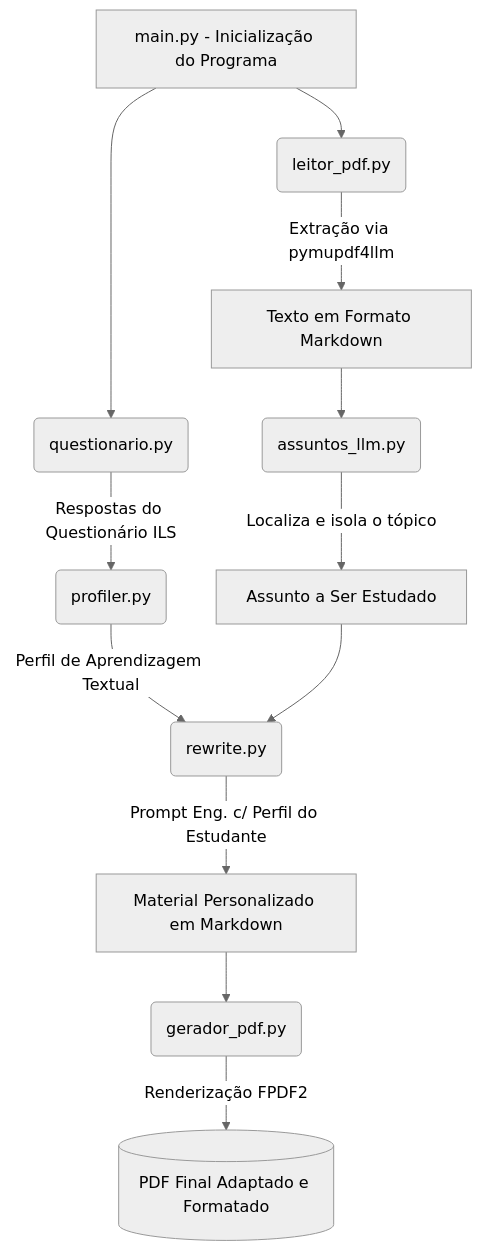
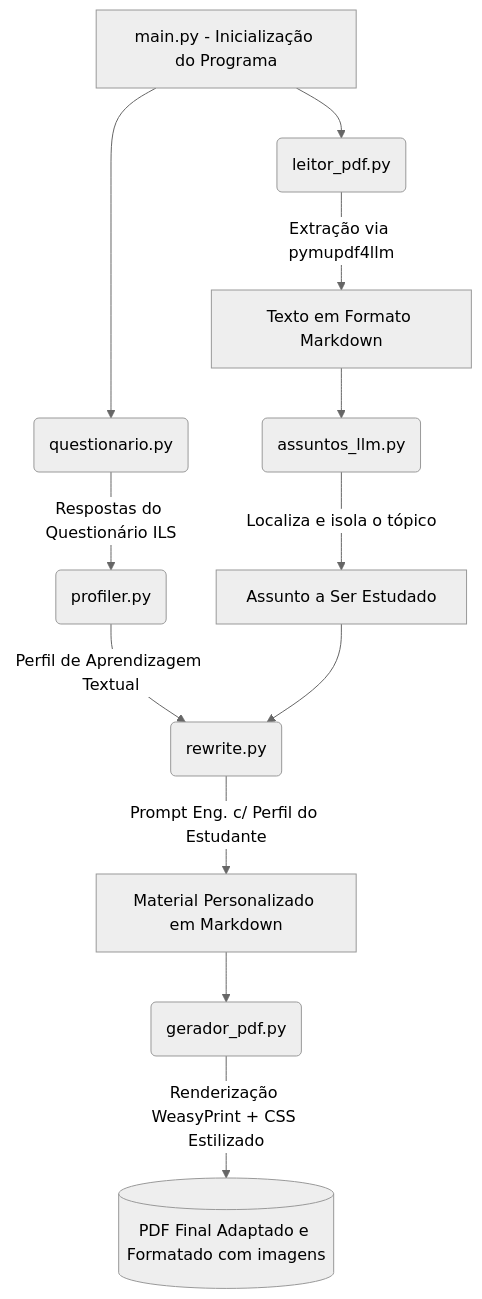
Before and after one commit to kristiano/projeto_versao_zero: the diagram in README.md, drawn with Mermaid (neutral theme). The commit also changed other lines of this file and 20 other files, not shown here.

````diff
--- a/README.md
+++ b/README.md
@@ -61,18 +61,18 @@
 ```mermaid
 graph TD
     A[main.py - Inicialização do Programa] --> B(questionario.py)
     B -->|Respostas do Questionário ILS| C(profiler.py)
     C -->|Perfil de Aprendizagem Textual| H
     
     A --> D(leitor_pdf.py)
     D -->|Extração via pymupdf4llm| E[Texto em Formato Markdown]
     
     E --> F(assuntos_llm.py)
     F -->|Localiza e isola o tópico| G[Assunto a Ser Estudado]
     
     G --> H(rewrite.py)
     H -->|Prompt Eng. c/ Perfil do Estudante| I[Material Personalizado em Markdown]
     
     I --> J(gerador_pdf.py)
-    J -->|Renderização FPDF2| K[(PDF Final Adaptado e Formatado)]
+    J -->|Renderização WeasyPrint + CSS Estilizado| K[(PDF Final Adaptado e Formatado com imagens)]
 ```
````
